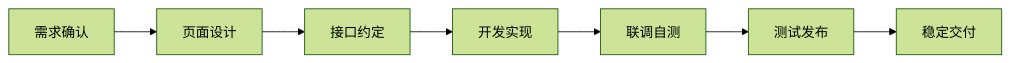
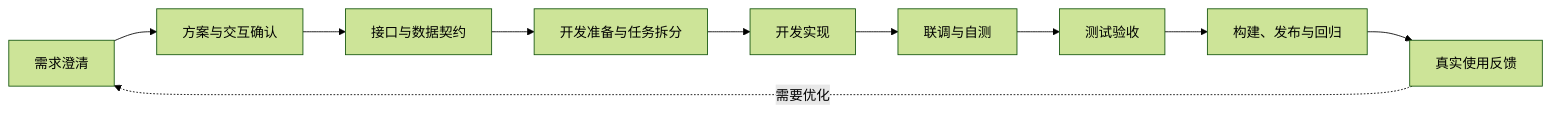
Before and after one commit to TCIano/iframemode: the third of 5 diagrams in docs/前端开发分享演讲稿.md, drawn with Mermaid (forest theme). The commit also changed other lines of this file, not shown here.

````diff
--- a/docs/前端开发分享演讲稿.md
+++ b/docs/前端开发分享演讲稿.md
@@ -143,9 +129,12 @@
 ```mermaid
 flowchart LR
-    req[需求确认] --> design[页面设计]
-    design --> api[接口约定]
-    api --> dev[开发实现]
-    dev --> debug[联调自测]
-    debug --> test[测试发布]
-    test --> stable[稳定交付]
+    req[需求澄清] --> solution[方案与交互确认]
+    solution --> contract[接口与数据契约]
+    contract --> ready[开发准备与任务拆分]
+    ready --> implementation[开发实现]
+    implementation --> integration[联调与自测]
+    integration --> acceptance[测试验收]
+    acceptance --> release[构建、发布与回归]
+    release --> feedback[真实使用反馈]
+    feedback -.需要优化.-> req
 ```
````
